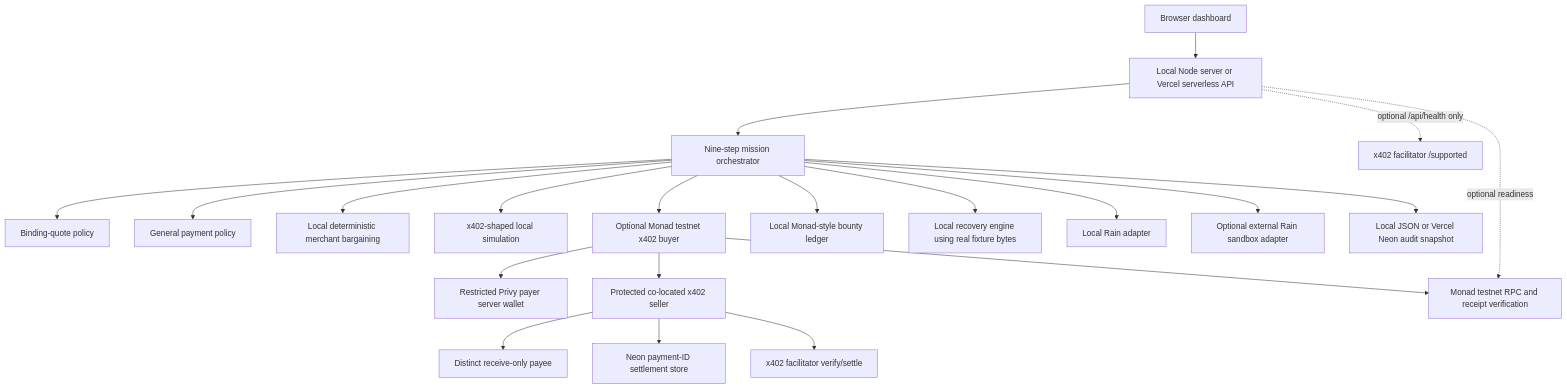
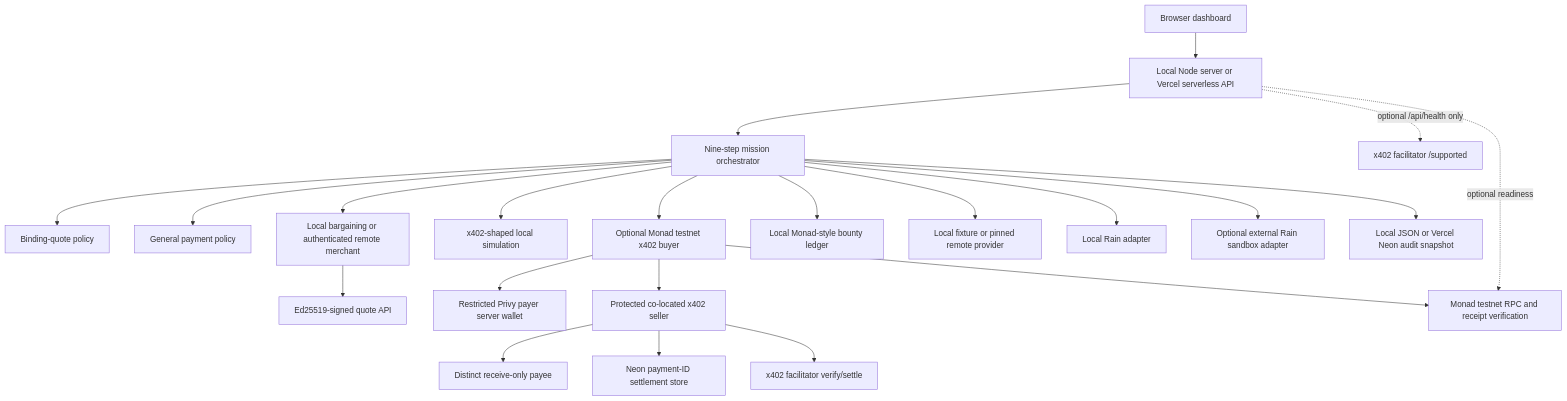
Before and after one commit to 7dracoder/LazarusMesh: the diagram in PROJECT_GUIDE.md, drawn with Mermaid. The commit also changed other lines of this file and 30 other files, not shown here.

````diff
--- a/PROJECT_GUIDE.md
+++ b/PROJECT_GUIDE.md
@@ -60,23 +61,24 @@
 ```mermaid
 flowchart TD
     UI["Browser dashboard"] --> HTTP["Local Node server or Vercel serverless API"]
     HTTP --> ORCH["Nine-step mission orchestrator"]
     ORCH --> QP["Binding-quote policy"]
     ORCH --> PP["General payment policy"]
-    ORCH --> NEG["Local deterministic merchant bargaining"]
+    ORCH --> NEG["Local bargaining or authenticated remote merchant"]
+    NEG --> REMOTE["Ed25519-signed quote API"]
     ORCH --> X402["x402-shaped local simulation"]
     ORCH --> X402LIVE["Optional Monad testnet x402 buyer"]
     X402LIVE --> PRIVY["Restricted Privy payer server wallet"]
     X402LIVE --> X402SELLER["Protected co-located x402 seller"]
     X402SELLER --> PAYEE["Distinct receive-only payee"]
     X402SELLER --> SETTLESTORE["Neon payment-ID settlement store"]
     ORCH --> MONAD["Local Monad-style bounty ledger"]
-    ORCH --> REC["Local recovery engine using real fixture bytes"]
+    ORCH --> REC["Local fixture or pinned remote provider"]
     ORCH --> RAINLOCAL["Local Rain adapter"]
     ORCH --> RAINSANDBOX["Optional external Rain sandbox adapter"]
     ORCH --> STORE["Local JSON or Vercel Neon audit snapshot"]
     X402SELLER --> FACSETTLE["x402 facilitator verify/settle"]
     X402LIVE --> RPC["Monad testnet RPC and receipt verification"]
     HTTP -. "optional readiness" .-> RPC
     HTTP -. "optional /api/health only" .-> FAC["x402 facilitator /supported"]
 ```
````
